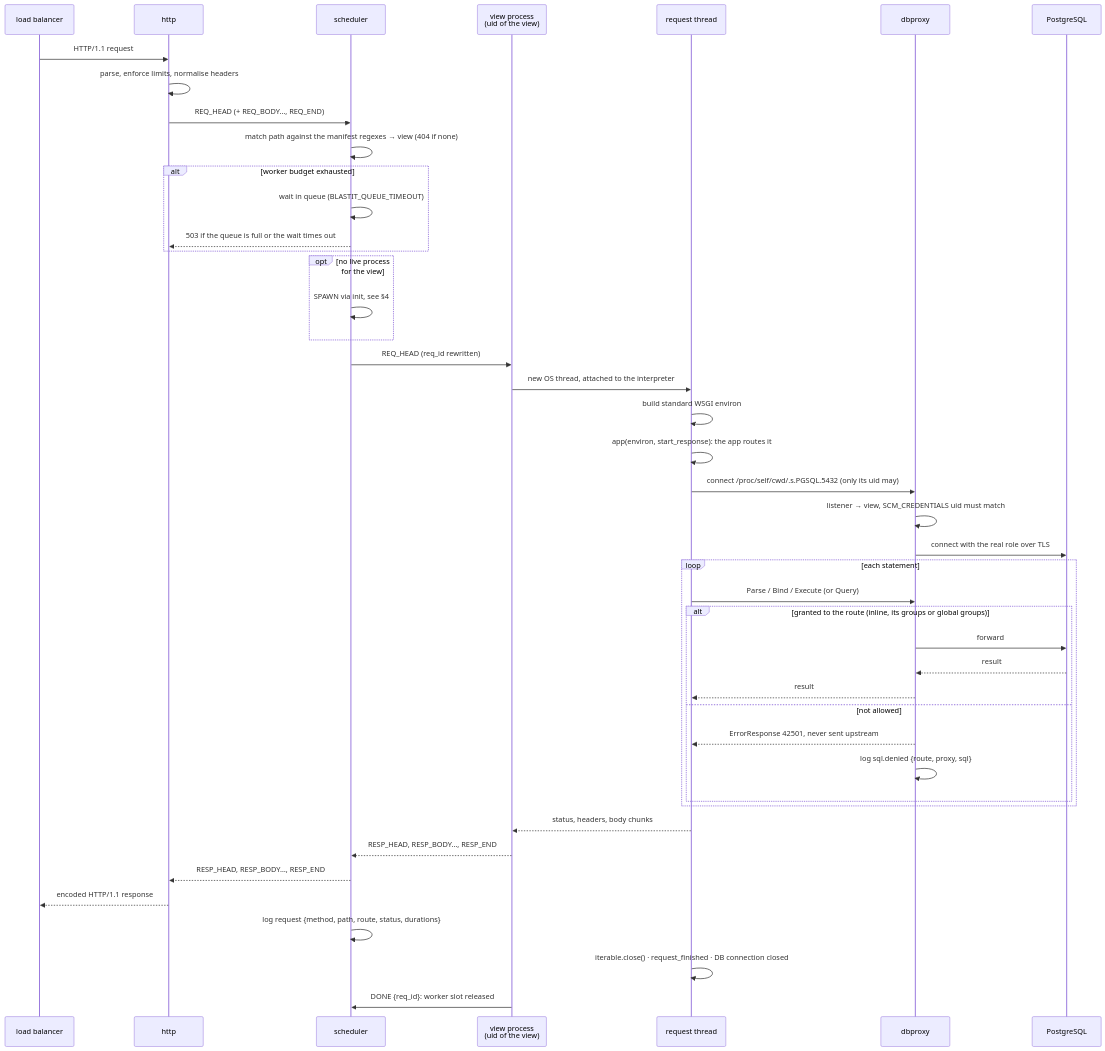
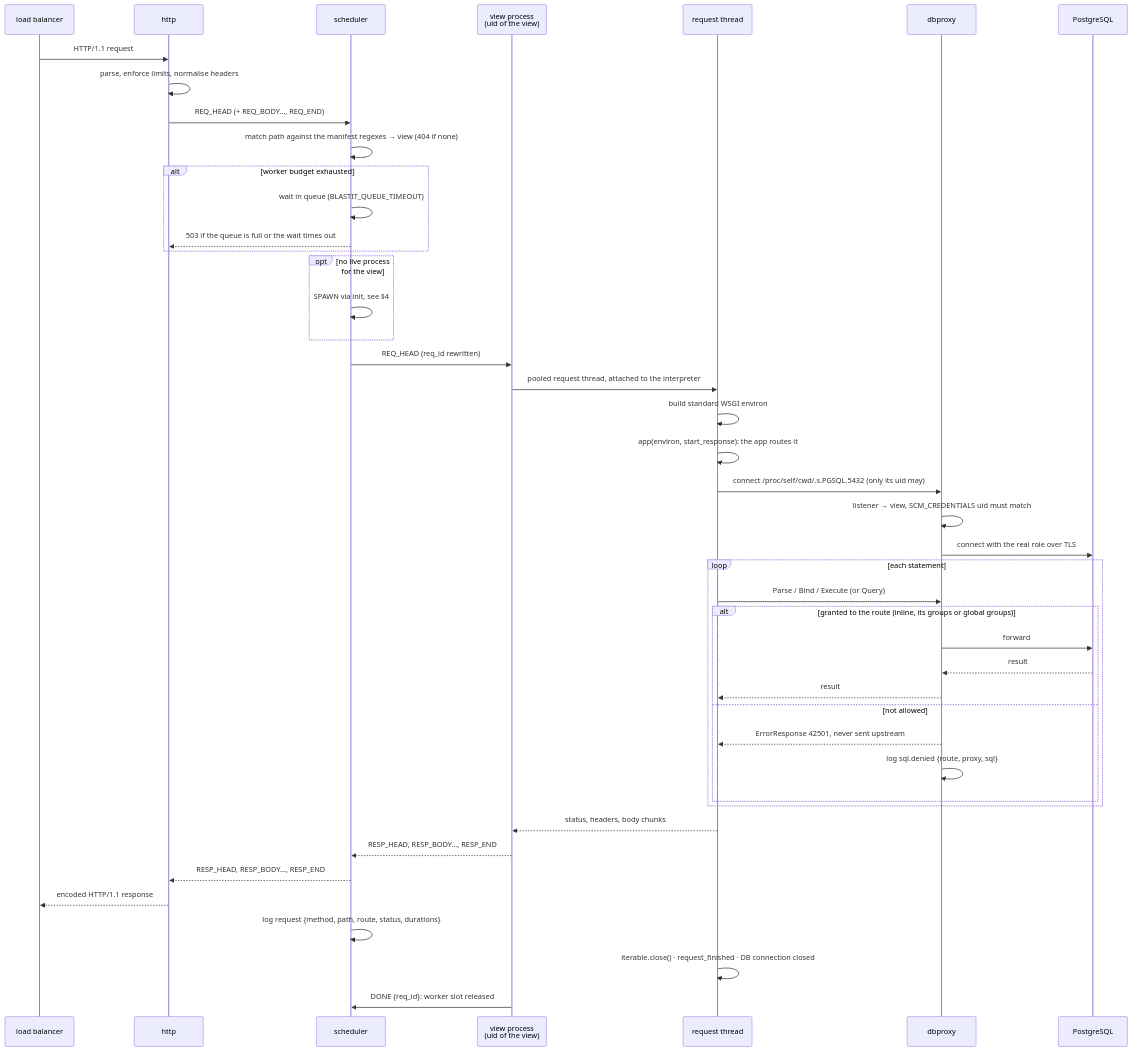
The second of 4 diagrams in ARCHITECTURE.md (OffworldNexus/blastit), drawn with Mermaid before and after one commit. The commit also changed other lines of this file and 457 other files, not shown here.

````diff
--- a/ARCHITECTURE.md
+++ b/ARCHITECTURE.md
@@ -527,47 +558,47 @@
 ```mermaid
 sequenceDiagram
     participant C as load balancer
     participant H as http
     participant S as scheduler
     participant V as view process<br/>(uid of the view)
     participant T as request thread
     participant D as dbproxy
     participant P as PostgreSQL
 
     C->>H: HTTP/1.1 request
     H->>H: parse, enforce limits, normalise headers
     H->>S: REQ_HEAD (+ REQ_BODY…, REQ_END)
     S->>S: match path against the manifest regexes → view (404 if none)
     alt worker budget exhausted
         S->>S: wait in queue (BLASTIT_QUEUE_TIMEOUT)
         S-->>H: 503 if the queue is full or the wait times out
     end
     opt no live process for the view
         S->>S: SPAWN via init, see §4
     end
     S->>V: REQ_HEAD (req_id rewritten)
-    V->>T: new OS thread, attached to the interpreter
+    V->>T: pooled request thread, attached to the interpreter
     T->>T: build standard WSGI environ
     T->>T: app(environ, start_response): the app routes it
     T->>D: connect /proc/self/cwd/.s.PGSQL.5432 (only its uid may)
     D->>D: listener → view, SCM_CREDENTIALS uid must match
     D->>P: connect with the real role over TLS
     loop each statement
         T->>D: Parse / Bind / Execute (or Query)
         alt granted to the route (inline, its groups or global groups)
             D->>P: forward
             P-->>D: result
             D-->>T: result
         else not allowed
             D-->>T: ErrorResponse 42501, never sent upstream
             D->>D: log sql.denied {route, proxy, sql}
         end
     end
     T-->>V: status, headers, body chunks
     V-->>S: RESP_HEAD, RESP_BODY…, RESP_END
     S-->>H: RESP_HEAD, RESP_BODY…, RESP_END
     H-->>C: encoded HTTP/1.1 response
     S->>S: log request {method, path, route, status, durations}
     T->>T: iterable.close() · request_finished · DB connection closed
     V->>S: DONE {req_id}: worker slot released
 ```
````
